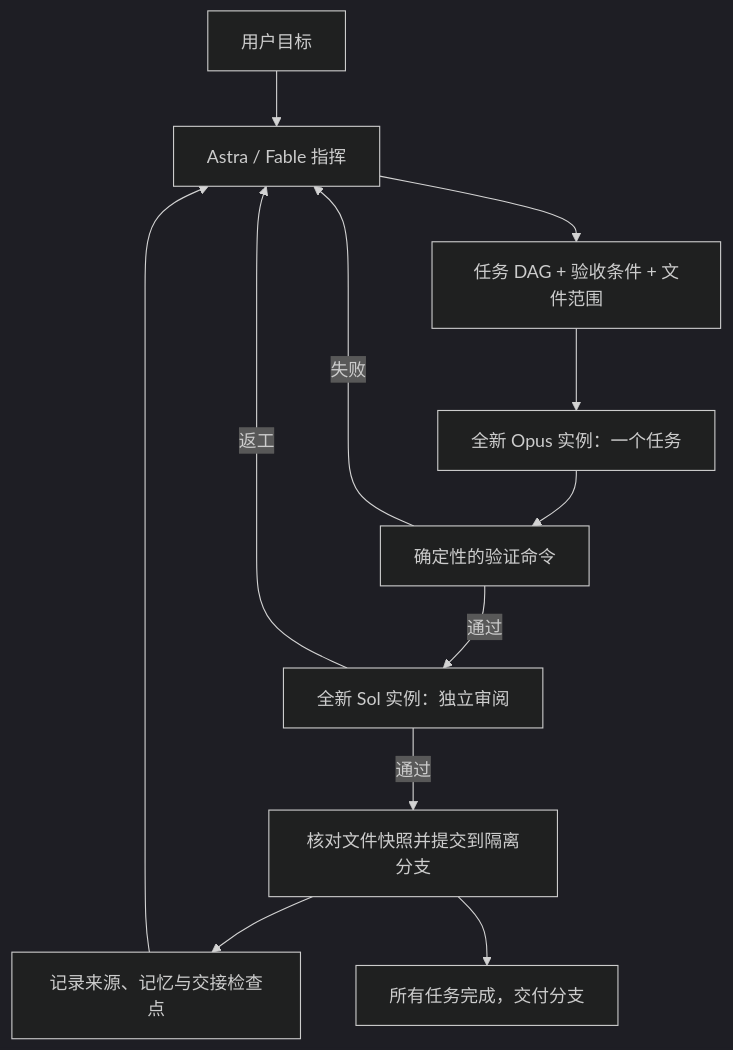
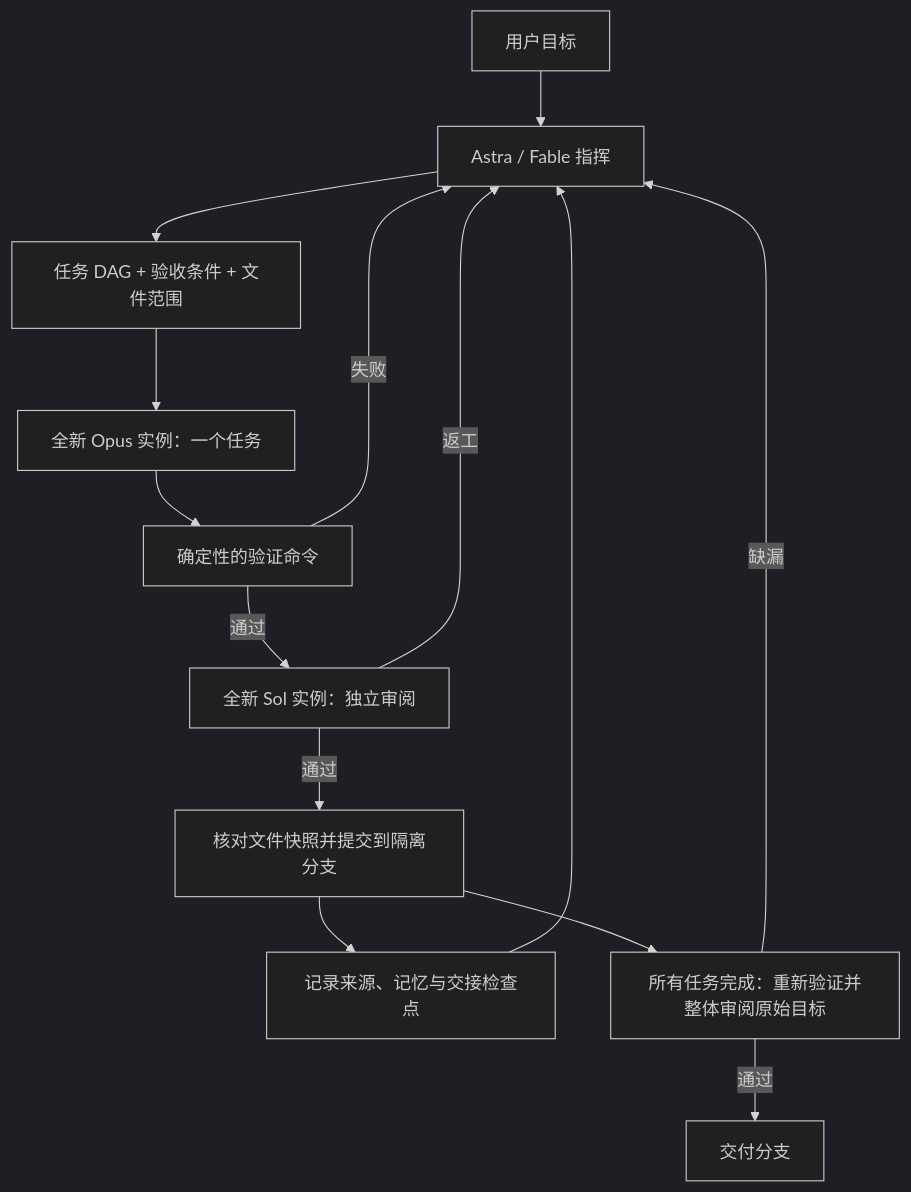
One commit to ChronotaoLi/ChronotaoLi-Claude-Codex-Harness changed the diagram in README.md. Above: the diagram before and after it, drawn with Mermaid (dark theme). The commit also changed other lines of this file and 23 other files, not shown here.

````diff
--- a/README.md
+++ b/README.md
@@ -11,14 +11,16 @@
 ```mermaid
 flowchart TD
     U[用户目标] --> C[Astra / Fable 指挥]
     C --> P[任务 DAG + 验收条件 + 文件范围]
     P --> W[全新 Opus 实例：一个任务]
     W --> V[确定性的验证命令]
     V -->|通过| R[全新 Sol 实例：独立审阅]
     V -->|失败| C
     R -->|返工| C
     R -->|通过| A[核对文件快照并提交到隔离分支]
     A --> M[记录来源、记忆与交接检查点]
     M --> C
-    A --> D[所有任务完成，交付分支]
+    A --> F[所有任务完成：重新验证并整体审阅原始目标]
+    F -->|通过| D[交付分支]
+    F -->|缺漏| C
 ```
````
